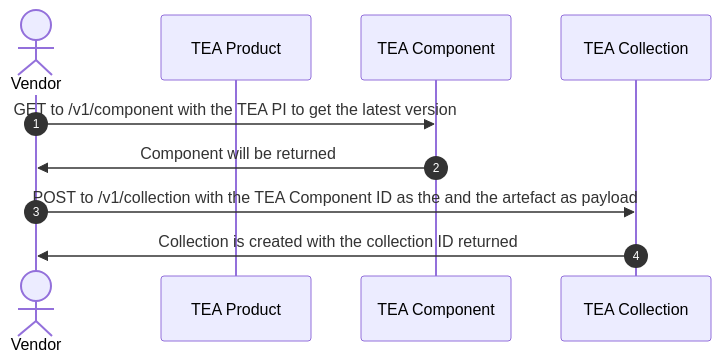
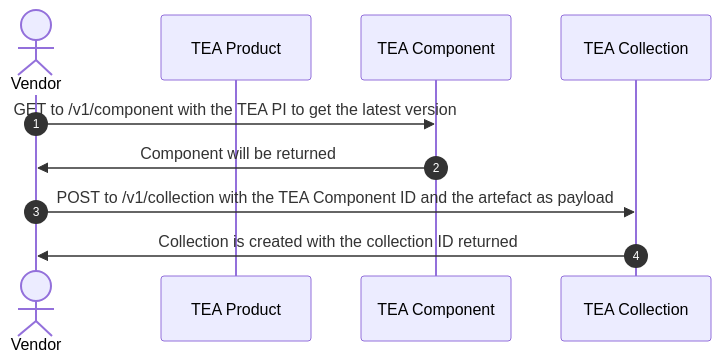
Before and after one commit to CycloneDX/transparency-exchange-api: the third of 3 diagrams in api-flow/publisher.md, drawn with Mermaid. The commit also changed other lines of this file and 6 other files, not shown here.

Commit message:
fix: use defined term TEA Artifact while artefact in descriptions

````diff
--- a/api-flow/publisher.md
+++ b/api-flow/publisher.md
@@ -50,14 +50,14 @@
 ```mermaid
 sequenceDiagram
     autonumber
     actor Vendor
     participant tea_product as TEA Product
     participant tea_component as TEA Component
     participant tea_collection as TEA Collection
 
     Vendor ->> tea_component: GET to /v1/component with the TEA PI to get the latest version
     tea_component ->> Vendor: Component will be returned
 
-    Vendor ->> tea_collection: POST to /v1/collection with the TEA Component ID as the and the artefact as payload
+    Vendor ->> tea_collection: POST to /v1/collection with the TEA Component ID and the artefact as payload
     tea_collection ->> Vendor: Collection is created with the collection ID returned
 ```
````
